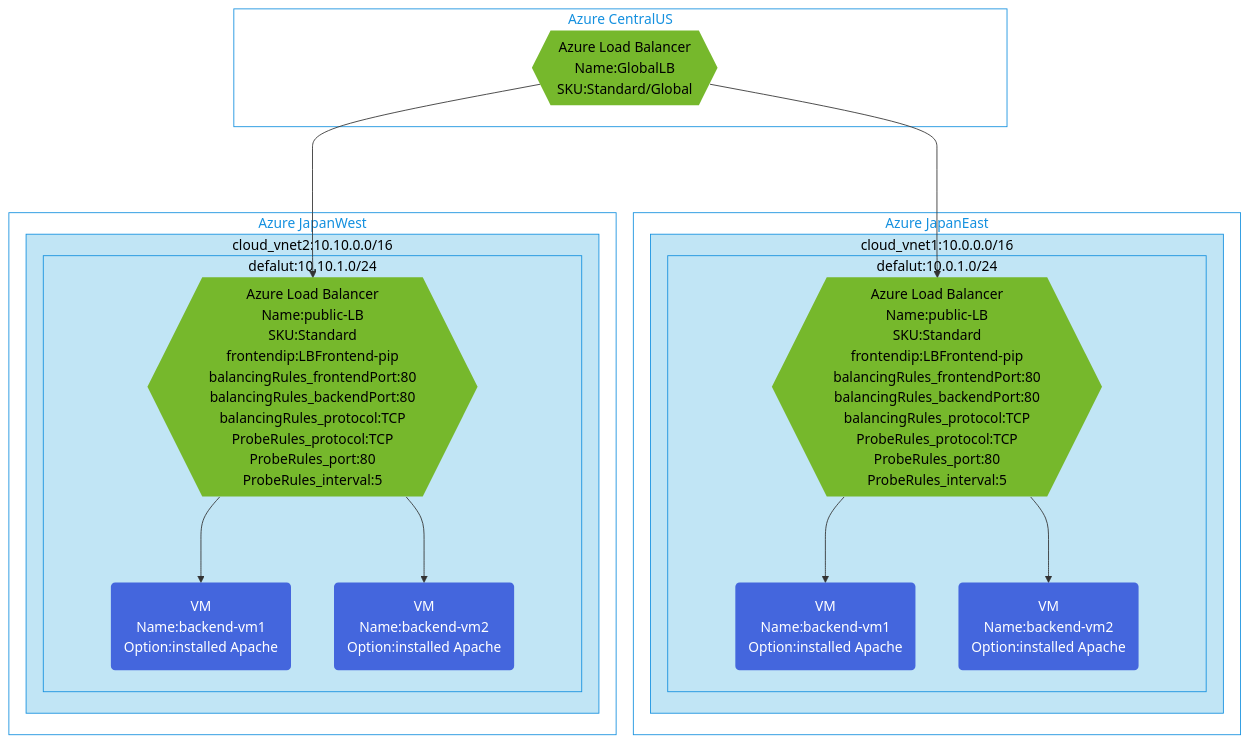
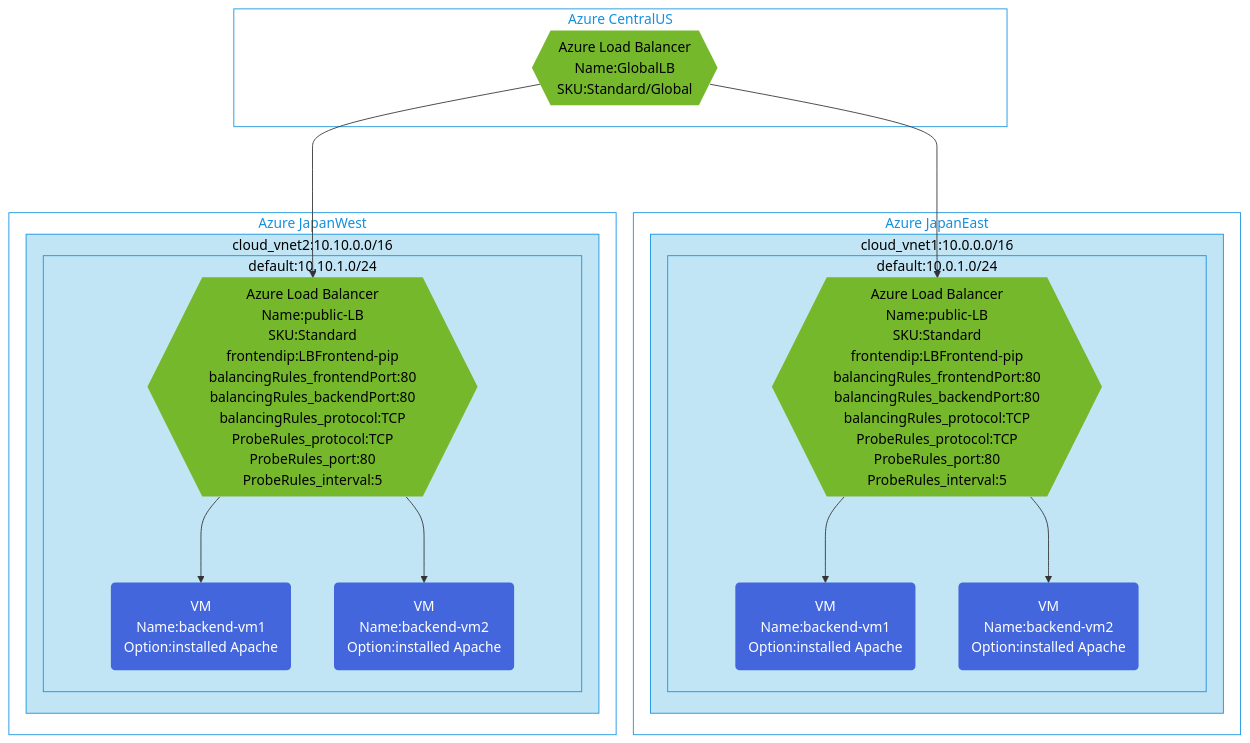
Before and after one commit to toizumi03/bicep-templates: the diagram in global-lb-apache/README.md, drawn with Mermaid. The commit also changed other lines of this file, not shown here.

````diff
--- a/global-lb-apache/README.md
+++ b/global-lb-apache/README.md
@@ -3,58 +4,58 @@
 ```mermaid
 graph TB;
 %% Groups and Services
 subgraph GR3[Azure CentralUS]
   ALB3{{"Azure Load Balancer<br/>Name:GlobalLB<br/>SKU:Standard/Global"}}
 end
 
 subgraph GR1[Azure JapanEast]
   subgraph GV1[cloud_vnet1:10.0.0.0/16]
-      subgraph GVS2[defalut:10.0.1.0/24]
+      subgraph GVS2[default:10.0.1.0/24]
         ALB1{{"Azure Load Balancer<br/>Name:public-LB<br/>SKU:Standard<br/>frontendip:LBFrontend-pip<br/>balancingRules_frontendPort:80<br/>balancingRules_backendPort:80<br/>balancingRules_protocol:TCP<br/>ProbeRules_protocol:TCP<br/>ProbeRules_port:80<br/>ProbeRules_interval:5"}}
         CP2("VM<br/>Name:backend-vm1<br/>Option:installed Apache")
         CP3("VM<br/>Name:backend-vm2<br/>Option:installed Apache")
       end
 end
 end
 
 subgraph GR2[Azure JapanWest]
   subgraph GV2[cloud_vnet2:10.10.0.0/16]
-      subgraph GVS3[defalut:10.10.1.0/24]
+      subgraph GVS3[default:10.10.1.0/24]
         ALB2{{"Azure Load Balancer<br/>Name:public-LB<br/>SKU:Standard<br/>frontendip:LBFrontend-pip<br/>balancingRules_frontendPort:80<br/>balancingRules_backendPort:80<br/>balancingRules_protocol:TCP<br/>ProbeRules_protocol:TCP<br/>ProbeRules_port:80<br/>ProbeRules_interval:5"}}
         CP4("VM<br/>Name:backend-vm1<br/>Option:installed Apache")
         CP5("VM<br/>Name:backend-vm2<br/>Option:installed Apache")
       end
 end
 end
 
 
 %% Relation for resources
 ALB3 ---> ALB1
 ALB3 ---> ALB2
 ALB1 ---> CP2
 ALB1 ---> CP3
 ALB2 ---> CP4
 ALB2 ---> CP5
 
 
 %% Groups style
 classDef GSR fill:#fff,color:#1490df,stroke:#1490df
 class GR1,GR2,GR3 GSR
 
 classDef SGV1 fill:#c1e5f5,color:#000,stroke:#1490df
 class GV1,GVS1,GVS2,GVS3,GVS4 SGV1
 
 classDef SGV2 fill:#c1e5f5,color:#000,stroke:#1490df
 class GV2 SGV2
  
 %% Service Style
 classDef SCP fill:#4466dd,color:#fff,stroke:none
 class CP1,CP2,CP3,CP4,CP5 SCP
 
 classDef SVPALB fill:#76b82c,color:#000,stroke:none
 class ALB1,ALB2,ALB3 SVPALB
 
 classDef SLNGW fill:#70b126,color:#fff,stroke:none
 class LNGW1,LNGW2 SLNGW
 
 ```
````
